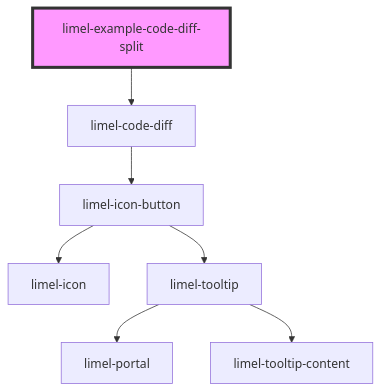
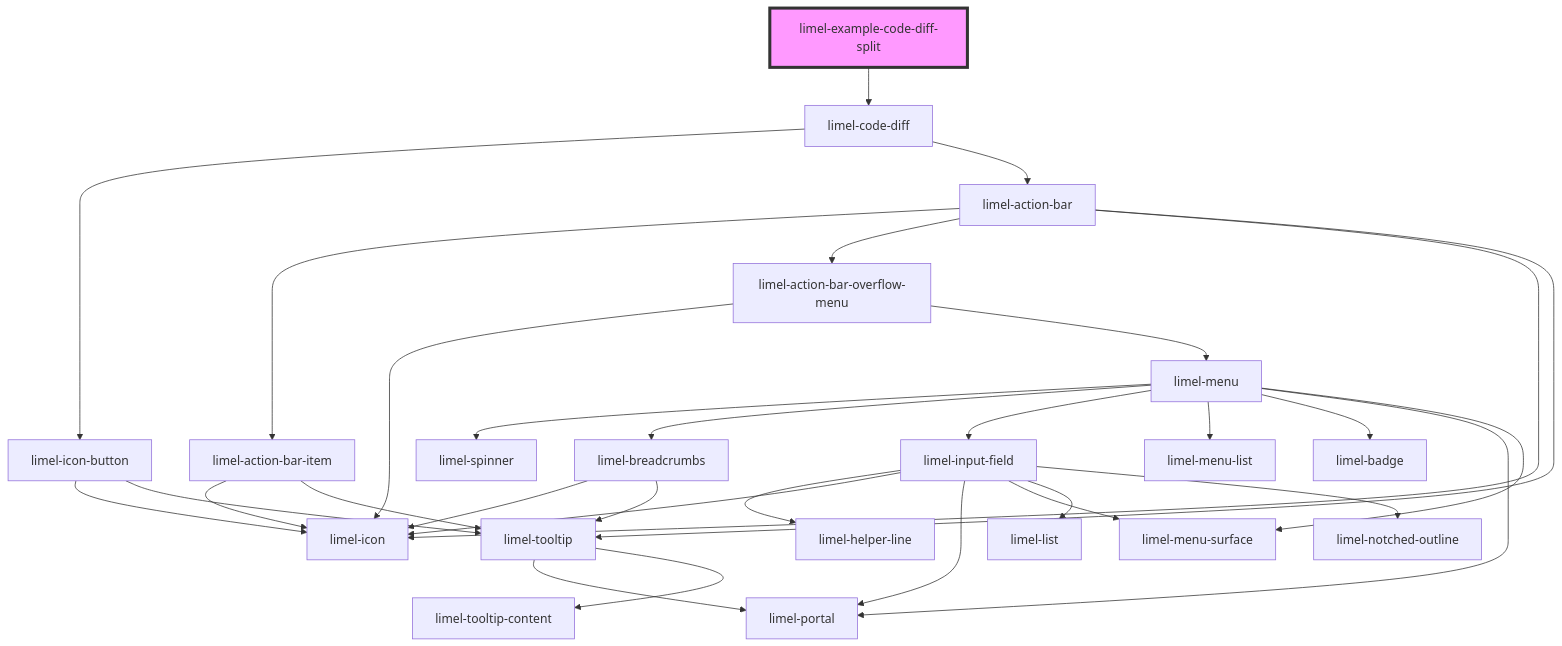
Before and after one commit to Lundalogik/lime-elements: the diagram in versions/PR-3949/markdown-docs/components/code-diff/examples/readme.md, drawn with Mermaid. The commit also changed 16 other files, not shown here.

````diff
--- a/versions/PR-3949/markdown-docs/components/code-diff/examples/readme.md
+++ b/versions/PR-3949/markdown-docs/components/code-diff/examples/readme.md
@@ -21,10 +21,34 @@
 ```mermaid
 graph TD;
   limel-example-code-diff-split --> limel-code-diff
   limel-code-diff --> limel-icon-button
+  limel-code-diff --> limel-action-bar
   limel-icon-button --> limel-icon
   limel-icon-button --> limel-tooltip
   limel-tooltip --> limel-portal
   limel-tooltip --> limel-tooltip-content
+  limel-action-bar --> limel-action-bar-item
+  limel-action-bar --> limel-action-bar-overflow-menu
+  limel-action-bar --> limel-icon
+  limel-action-bar --> limel-tooltip
+  limel-action-bar-item --> limel-icon
+  limel-action-bar-item --> limel-tooltip
+  limel-action-bar-overflow-menu --> limel-icon
+  limel-action-bar-overflow-menu --> limel-menu
+  limel-menu --> limel-spinner
+  limel-menu --> limel-breadcrumbs
+  limel-menu --> limel-input-field
+  limel-menu --> limel-menu-list
+  limel-menu --> limel-badge
+  limel-menu --> limel-portal
+  limel-menu --> limel-menu-surface
+  limel-breadcrumbs --> limel-icon
+  limel-breadcrumbs --> limel-tooltip
+  limel-input-field --> limel-helper-line
+  limel-input-field --> limel-icon
+  limel-input-field --> limel-portal
+  limel-input-field --> limel-menu-surface
+  limel-input-field --> limel-list
+  limel-input-field --> limel-notched-outline
   style limel-example-code-diff-split fill:#f9f,stroke:#333,stroke-width:4px
 ```
````
